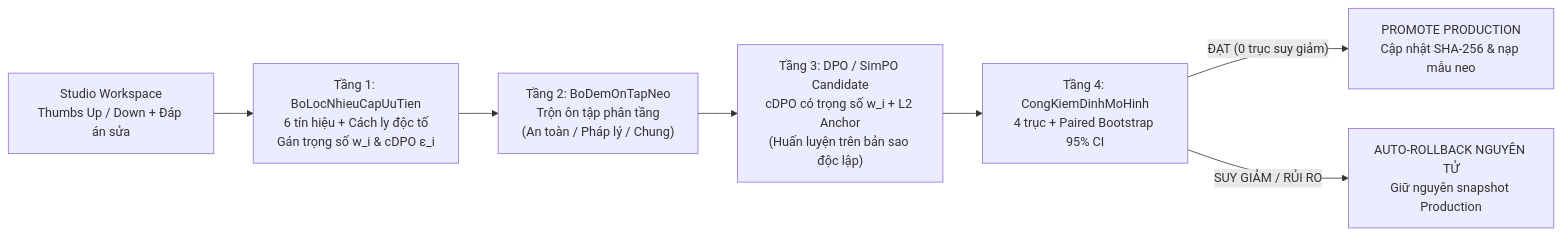
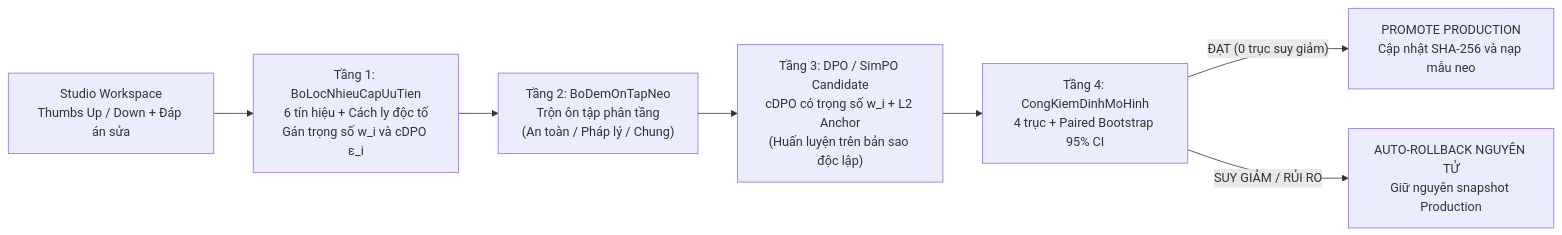
Before and after one commit to phonghhd/vietnamese-ai: the diagram in docs/guides/vialign-safeloop.md, drawn with Mermaid. The commit also changed other lines of this file and 7 other files, not shown here.

````diff
--- a/docs/guides/vialign-safeloop.md
+++ b/docs/guides/vialign-safeloop.md
@@ -23,9 +23,9 @@
 ```mermaid
 flowchart LR
-    WS["Studio Workspace<br/>Thumbs Up / Down + Đáp án sửa"] --> FLT["Tầng 1: BoLocNhieuCapUuTien<br/>6 tín hiệu + Cách ly độc tố<br/>Gán trọng số w_i & cDPO ε_i"]
+    WS["Studio Workspace<br/>Thumbs Up / Down + Đáp án sửa"] --> FLT["Tầng 1: BoLocNhieuCapUuTien<br/>6 tín hiệu + Cách ly độc tố<br/>Gán trọng số w_i và cDPO ε_i"]
     FLT --> REP["Tầng 2: BoDemOnTapNeo<br/>Trộn ôn tập phân tầng<br/>(An toàn / Pháp lý / Chung)"]
     REP --> TRN["Tầng 3: DPO / SimPO Candidate<br/>cDPO có trọng số w_i + L2 Anchor<br/>(Huấn luyện trên bản sao độc lập)"]
     TRN --> GATE["Tầng 4: CongKiemDinhMoHinh<br/>4 trục + Paired Bootstrap 95% CI"]
-    GATE -- "ĐẠT (0 trục suy giảm)" --> PROM["PROMOTE PRODUCTION<br/>Cập nhật SHA-256 & nạp mẫu neo"]
+    GATE -- "ĐẠT (0 trục suy giảm)" --> PROM["PROMOTE PRODUCTION<br/>Cập nhật SHA-256 và nạp mẫu neo"]
     GATE -- "SUY GIẢM / RỦI RO" --> RB["AUTO-ROLLBACK NGUYÊN TỬ<br/>Giữ nguyên snapshot Production"]
 ```
````
